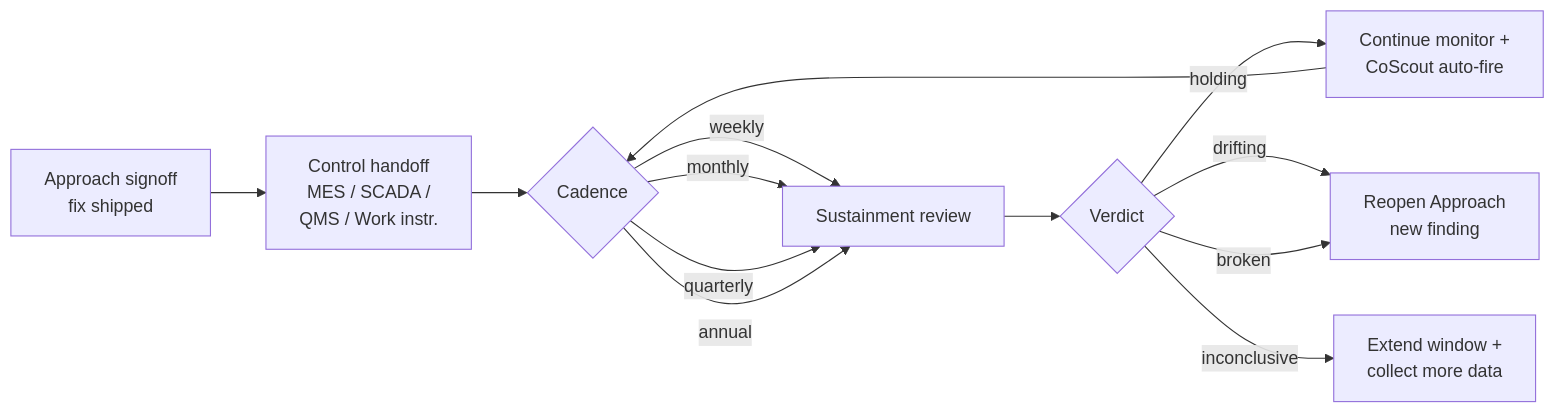
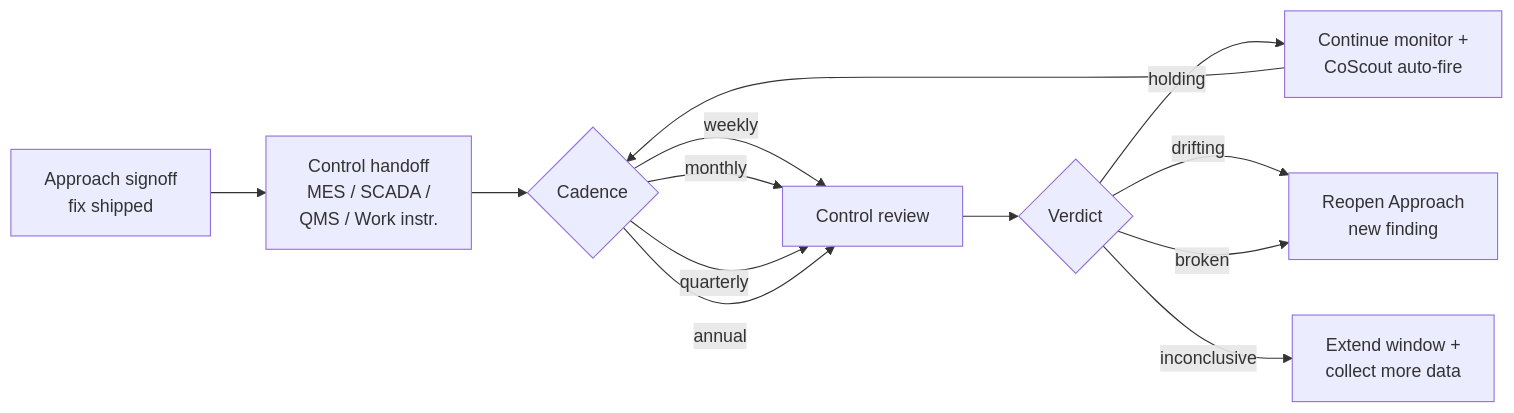
The diagram in docs/03-features/workflows/control.md (jukka-matti/variscout), drawn with Mermaid before and after one commit. The commit also changed 6 other files, not shown here.

First line of the commit message:
docs: de-gatekeeper product-overview + residual signoff/Sustainment fragments (IM-7 review)

````diff
--- a/docs/03-features/workflows/control.md
+++ b/docs/03-features/workflows/control.md
@@ -28,15 +28,15 @@
 ```mermaid
 flowchart LR
     Approach[Approach signoff<br/>fix shipped] --> Surface[Control handoff<br/>MES / SCADA /<br/>QMS / Work instr.]
     Surface --> Cadence{Cadence}
-    Cadence -->|weekly| Rev[Sustainment review]
+    Cadence -->|weekly| Rev[Control review]
     Cadence -->|monthly| Rev
     Cadence -->|quarterly| Rev
     Cadence -->|annual| Rev
     Rev --> Verdict{Verdict}
     Verdict -->|holding| Continue[Continue monitor +<br/>CoScout auto-fire]
     Verdict -->|drifting| Reopen[Reopen Approach<br/>new finding]
     Verdict -->|broken| Reopen
     Verdict -->|inconclusive| MoreData[Extend window +<br/>collect more data]
     Continue --> Cadence
 ```
````
